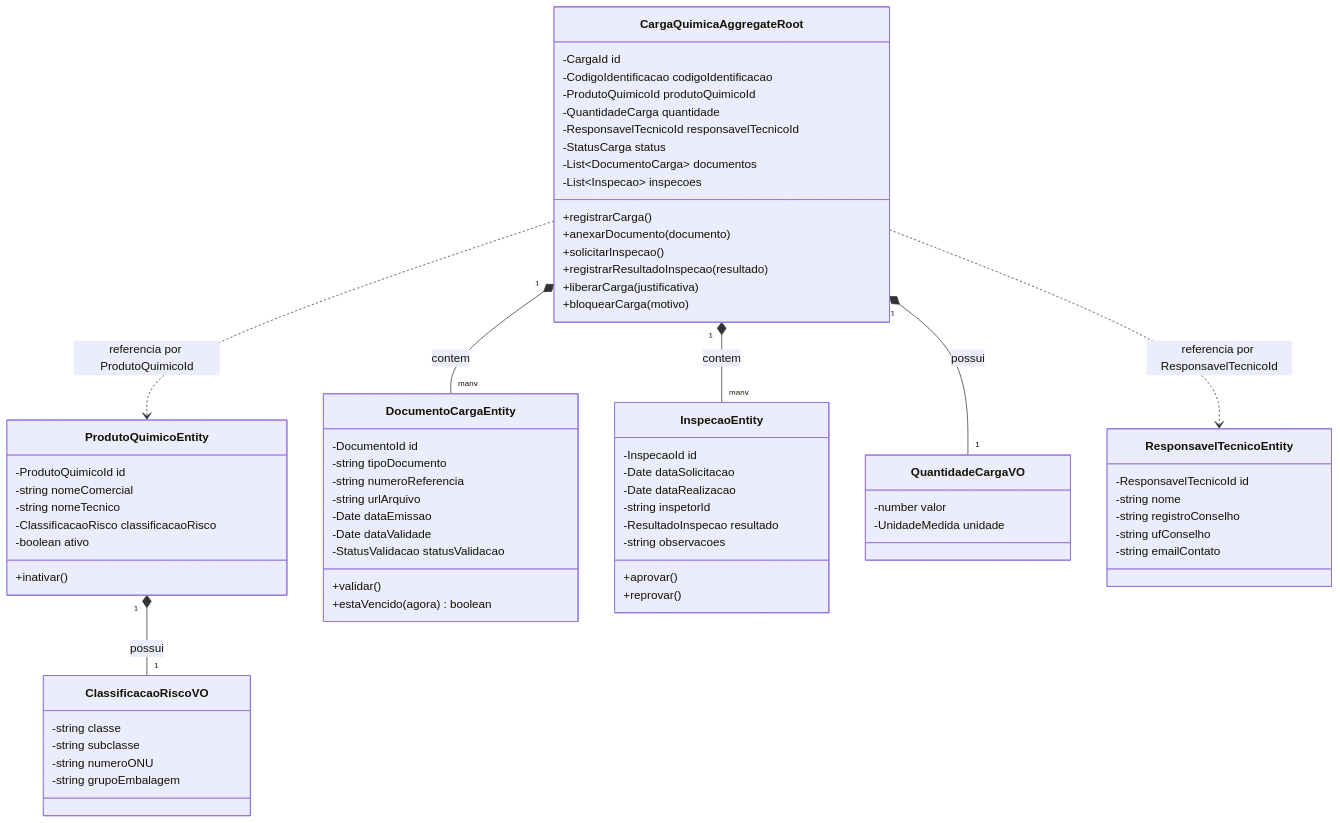
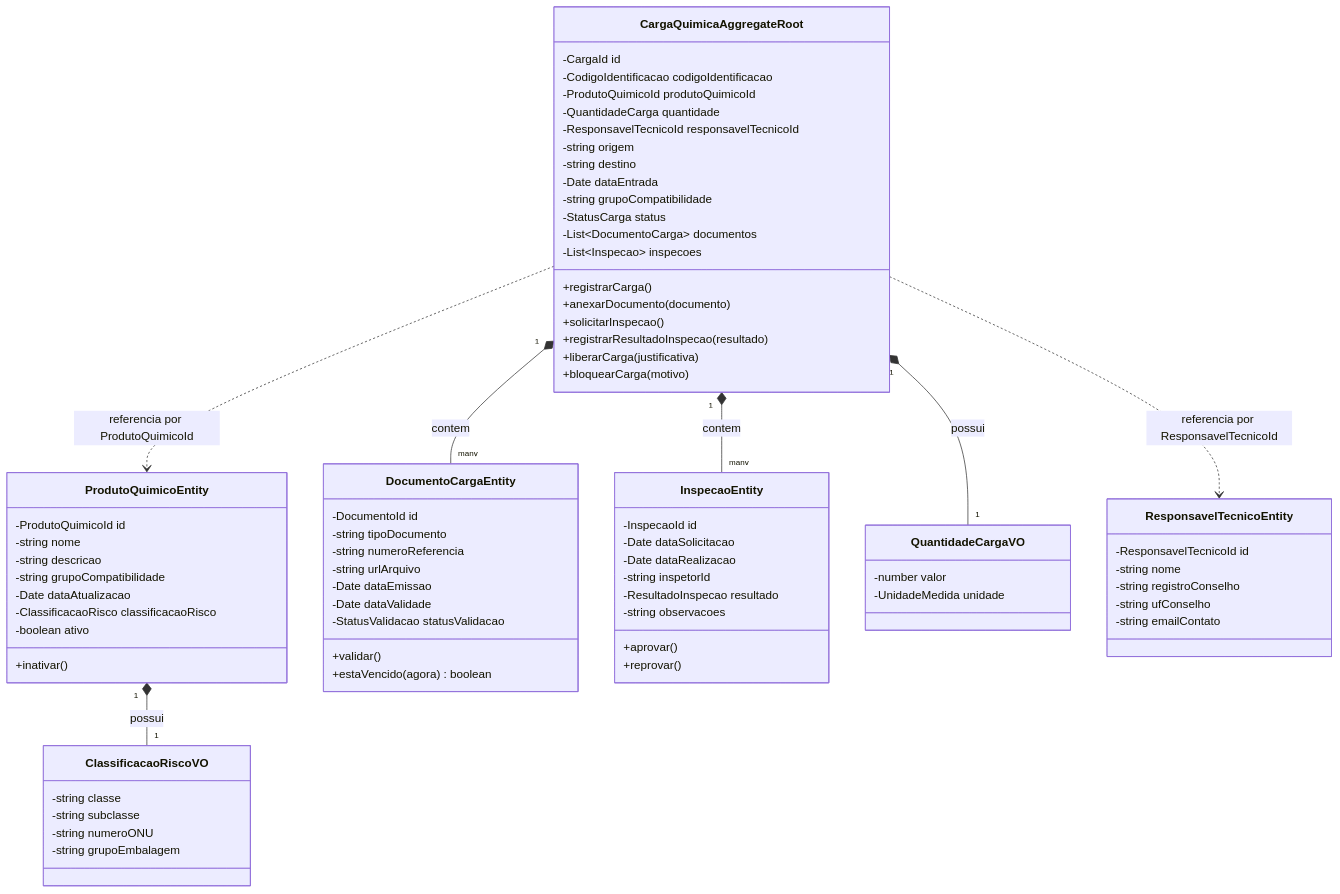
Before and after one commit to gabrixlzdev/QuimiPort: the first of 3 diagrams in docs/2_modelagem_DDD.md, drawn with Mermaid. The commit also changed other lines of this file and 5 other files, not shown here.

```diff
--- a/docs/2_modelagem_DDD.md
+++ b/docs/2_modelagem_DDD.md
@@ -26,6 +26,10 @@
         -ProdutoQuimicoId produtoQuimicoId
         -QuantidadeCarga quantidade
         -ResponsavelTecnicoId responsavelTecnicoId
+        -string origem
+        -string destino
+        -Date dataEntrada
+        -string grupoCompatibilidade
         -StatusCarga status
         -List~DocumentoCarga~ documentos
         -List~Inspecao~ inspecoes
@@ -39,8 +43,10 @@
 
     class ProdutoQuimicoEntity {
         -ProdutoQuimicoId id
-        -string nomeComercial
-        -string nomeTecnico
+        -string nome
+        -string descricao
+        -string grupoCompatibilidade
+        -Date dataAtualizacao
         -ClassificacaoRisco classificacaoRisco
         -boolean ativo
         +inativar()
```
